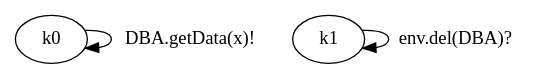
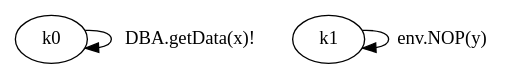
Before and after one commit to nargeskh/ControllerSynthesis: the diagram in inputs/DBA.dot, drawn with Graphviz. The commit also changed 89 other files, not shown here.

```diff
--- a/inputs/DBA.dot
+++ b/inputs/DBA.dot
@@ -1,3 +1,3 @@
 digraph { 
-k0->k0[label= "DBA.getData(x)!"];k1->k1[label= "env.del(DBA)?"];
+k0->k0[label= "DBA.getData(x)!"];k1->k1[label= "env.NOP(y)"];
 }
```
